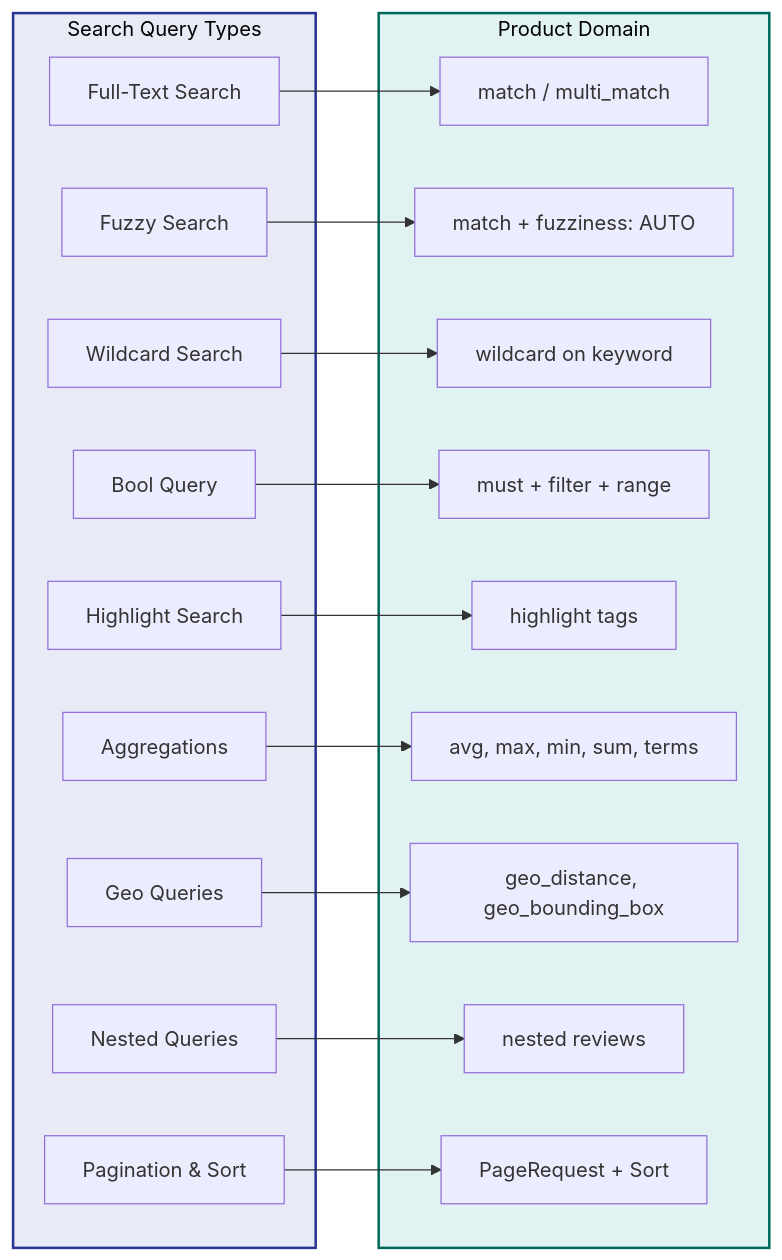
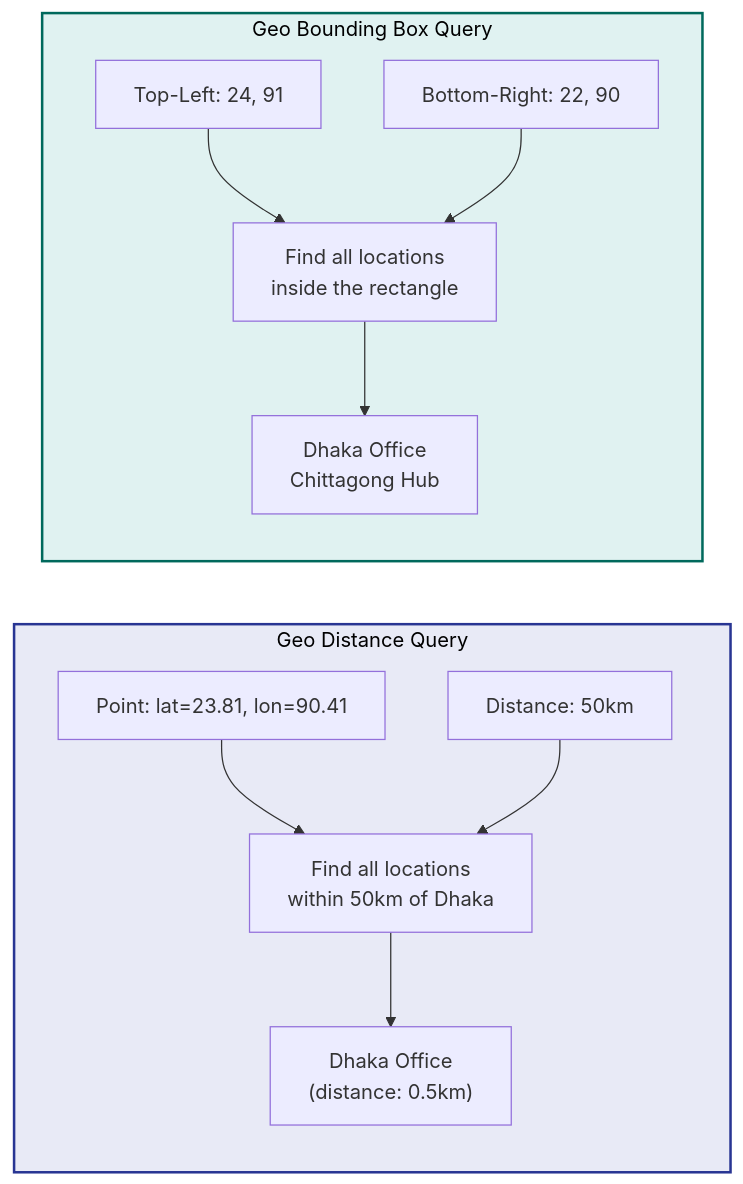
Before and after one commit to sawmikcuet19/ElasticSearch-springboot: diagram 15 of 17 in README.md, drawn with Mermaid. The commit also changed other lines of this file, not shown here.

First line of the commit message:
docs: restructure README with step-by-step flowcharts

````diff
--- a/README.md
+++ b/README.md
@@ -421,39 +663,21 @@
 ```mermaid
 flowchart LR
-    subgraph SEARCH["Search Query Types"]
-        A[Full-Text Search]
-        B[Fuzzy Search]
-        C[Wildcard Search]
-        D[Bool Query]
-        E[Highlight Search]
-        F[Aggregations]
-        G[Geo Queries]
-        H[Nested Queries]
-        I[Pagination & Sort]
+    subgraph GEO_DISTANCE["Geo Distance Query"]
+        A1["Point: lat=23.81, lon=90.41"]
+        A2["Distance: 50km"]
+        A1 --> A3["Find all locations\nwithin 50km of Dhaka"]
+        A2 --> A3
+        A3 --> A4["Dhaka Office\n(distance: 0.5km)"]
     end
 
-    subgraph PRODUCTS["Product Domain"]
-        A1["match / multi_match"]
-        B1["match + fuzziness: AUTO"]
-        C1["wildcard on keyword"]
-        D1["must + filter + range"]
-        E1["highlight tags"]
-        F1["avg, max, min, sum, terms"]
-        G1["geo_distance, geo_bounding_box"]
-        H1["nested reviews"]
-        I1["PageRequest + Sort"]
+    subgraph GEO_BBOX["Geo Bounding Box Query"]
+        B1["Top-Left: 24, 91"]
+        B2["Bottom-Right: 22, 90"]
+        B1 --> B3["Find all locations\ninside the rectangle"]
+        B2 --> B3
+        B3 --> B4["Dhaka Office\nChittagong Hub"]
     end
 
-    A --> A1
-    B --> B1
-    C --> C1
-    D --> D1
-    E --> E1
-    F --> F1
-    G --> G1
-    H --> H1
-    I --> I1
-
-    style SEARCH fill:#e8eaf6,stroke:#283593,stroke-width:2px,color:#000
-    style PRODUCTS fill:#e0f2f1,stroke:#00695c,stroke-width:2px,color:#000
+    style GEO_DISTANCE fill:#e8eaf6,stroke:#283593,stroke-width:2px,color:#000
+    style GEO_BBOX fill:#e0f2f1,stroke:#00695c,stroke-width:2px,color:#000
 ```
````
